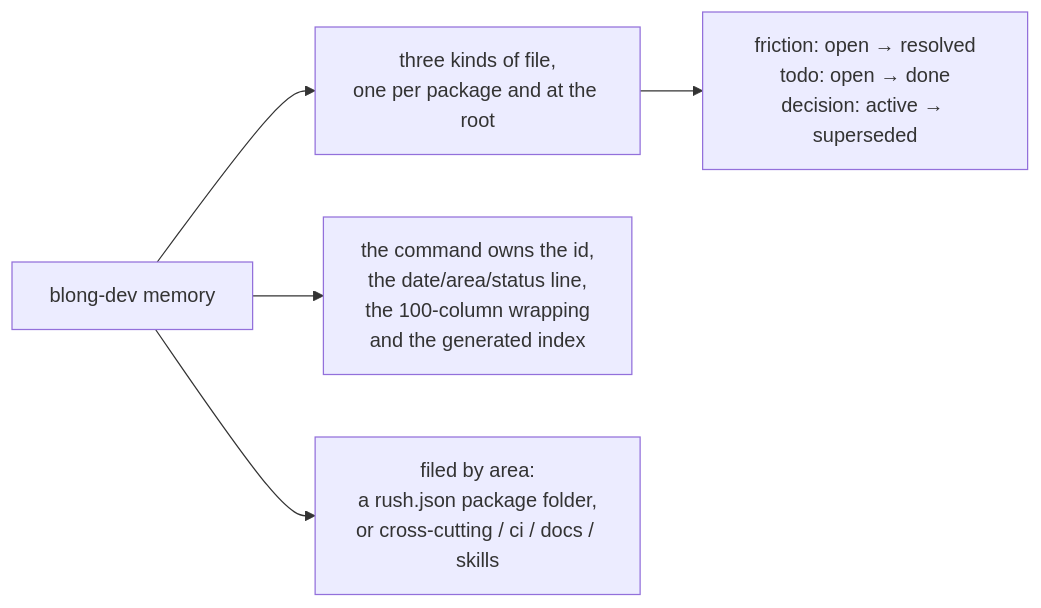
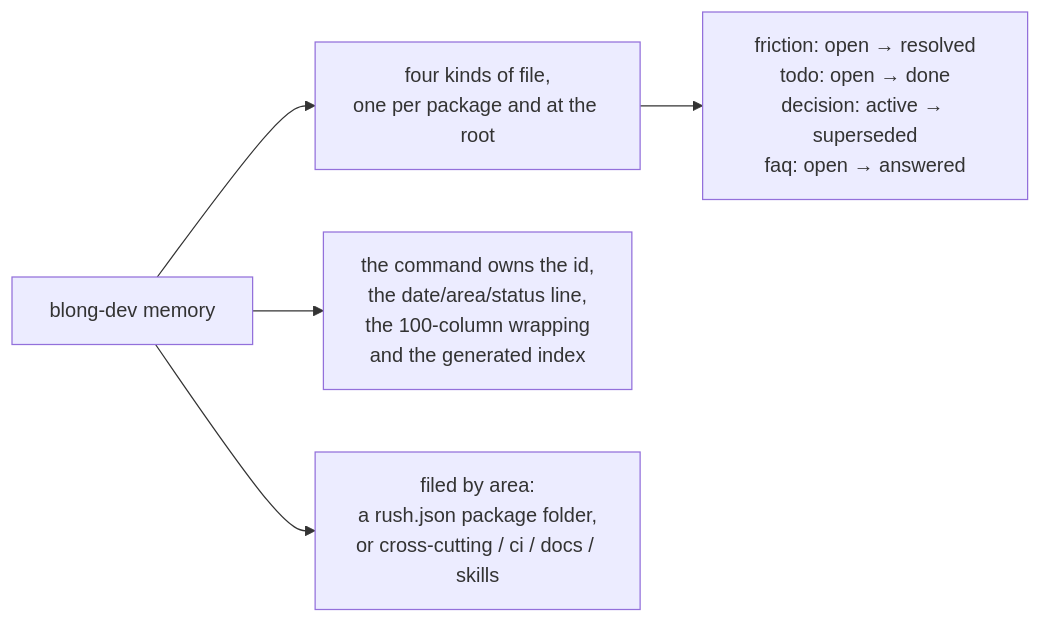
Before and after one commit to feasibleone/blong: the diagram in docs/blong/docs/concepts/memory.md, drawn with Mermaid. The commit also changed other lines of this file and 16 other files, not shown here.

````diff
--- a/docs/blong/docs/concepts/memory.md
+++ b/docs/blong/docs/concepts/memory.md
@@ -33,7 +40,7 @@
 ```mermaid
 flowchart LR
-    cli["blong-dev memory"] --> kinds["three kinds of file,<br/>one per package and at the root"]
+    cli["blong-dev memory"] --> kinds["four kinds of file,<br/>one per package and at the root"]
     cli --> own["the command owns the id,<br/>the date/area/status line,<br/>the 100-column wrapping<br/>and the generated index"]
     cli --> area["filed by area:<br/>a rush.json package folder,<br/>or cross-cutting / ci / docs / skills"]
-    kinds --> statuses["friction: open → resolved<br/>todo: open → done<br/>decision: active → superseded"]
+    kinds --> statuses["friction: open → resolved<br/>todo: open → done<br/>decision: active → superseded<br/>faq: open → answered"]
 ```
````
